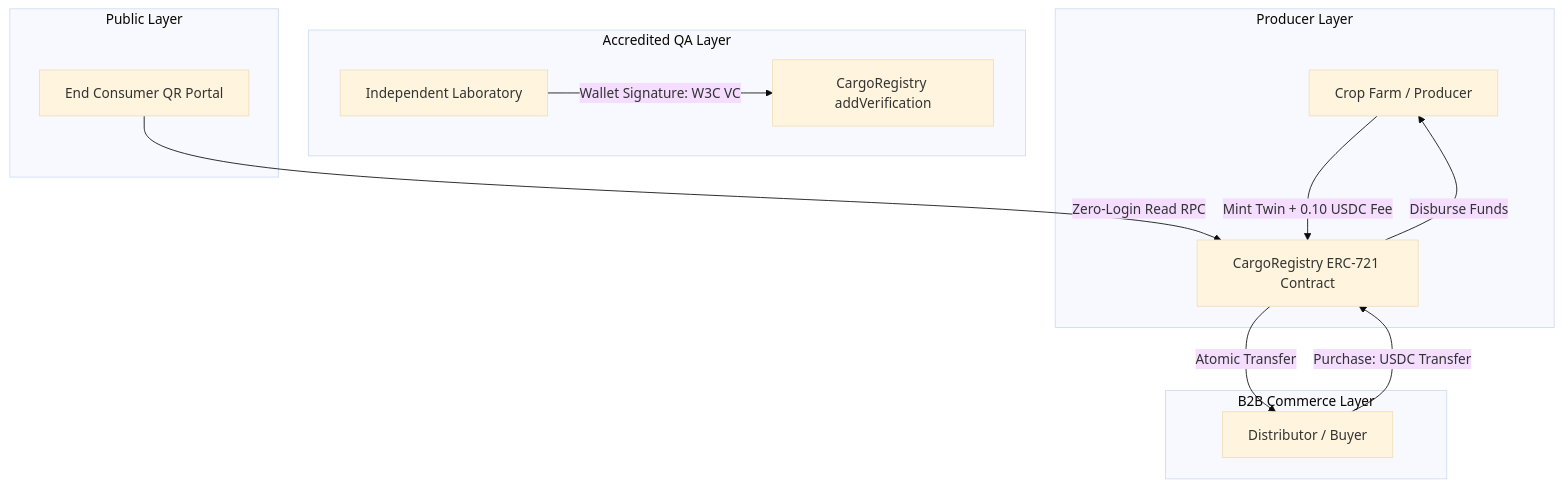
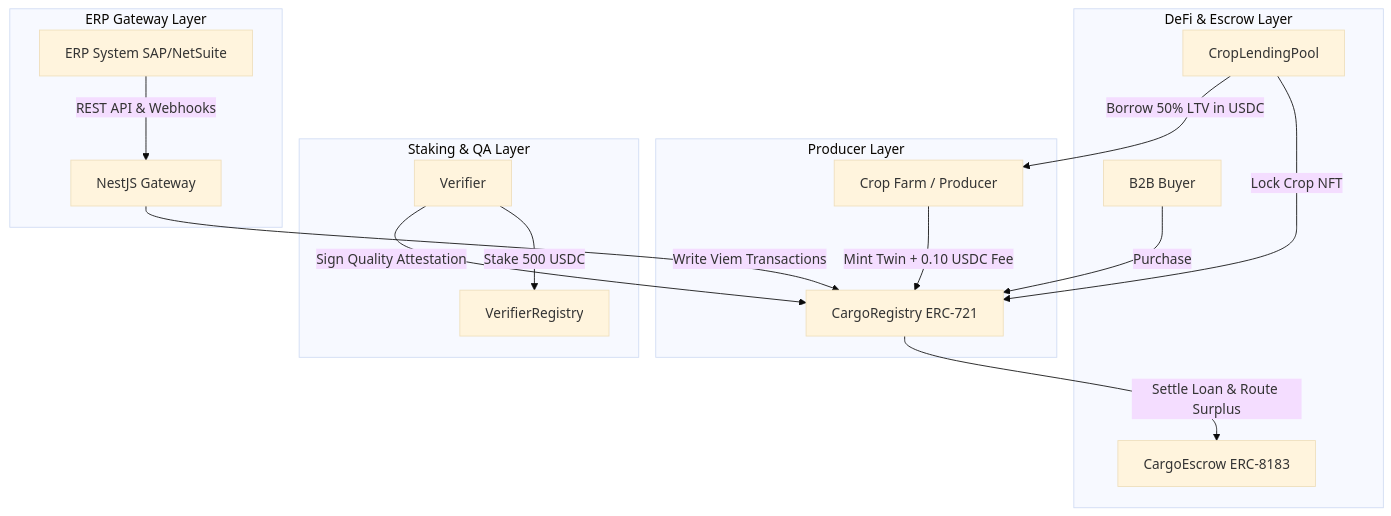
The diagram in README.md (parramol19999/CargoTrust), drawn with Mermaid (base theme) before and after one commit. The commit also changed other lines of this file, not shown here.

Commit message:
docs: update repository documentation with deployment and architecture specs

````diff
--- a/README.md
+++ b/README.md
@@ -19,17 +21,20 @@
 ```mermaid
 graph TD
     subgraph "Producer Layer"
-        A[Crop Farm / Producer] -->|Mint Twin + 0.10 USDC Fee| B[CargoRegistry ERC-721 Contract]
+        A[Crop Farm / Producer] -->|Mint Twin + 0.10 USDC Fee| B[CargoRegistry ERC-721]
     end
-    subgraph "Accredited QA Layer"
-        C[Independent Laboratory] -->|Wallet Signature: W3C VC| D[CargoRegistry addVerification]
+    subgraph "Staking & QA Layer"
+        V[Verifier] -->|Stake 500 USDC| VR[VerifierRegistry]
+        V -->|Sign Quality Attestation| B
     end
-    subgraph "B2B Commerce Layer"
-        E[Distributor / Buyer] -->|Purchase: USDC Transfer| B
-        B -->|Atomic Transfer| E
-        B -->|Disburse Funds| A
+    subgraph "DeFi & Escrow Layer"
+        LP[CropLendingPool] -->|Lock Crop NFT | B
+        LP -->|Borrow 50% LTV in USDC| A
+        Buyer[B2B Buyer] -->|Purchase| B
+        B -->|Settle Loan & Route Surplus| Escrow[CargoEscrow ERC-8183]
     end
-    subgraph "Public Layer"
-        F[End Consumer QR Portal] -->|Zero-Login Read RPC| B
+    subgraph "ERP Gateway Layer"
+        ERP[ERP System SAP/NetSuite] -->|REST API & Webhooks| GW[NestJS Gateway]
+        GW -->|Write Viem Transactions| B
     end
 ```
````
